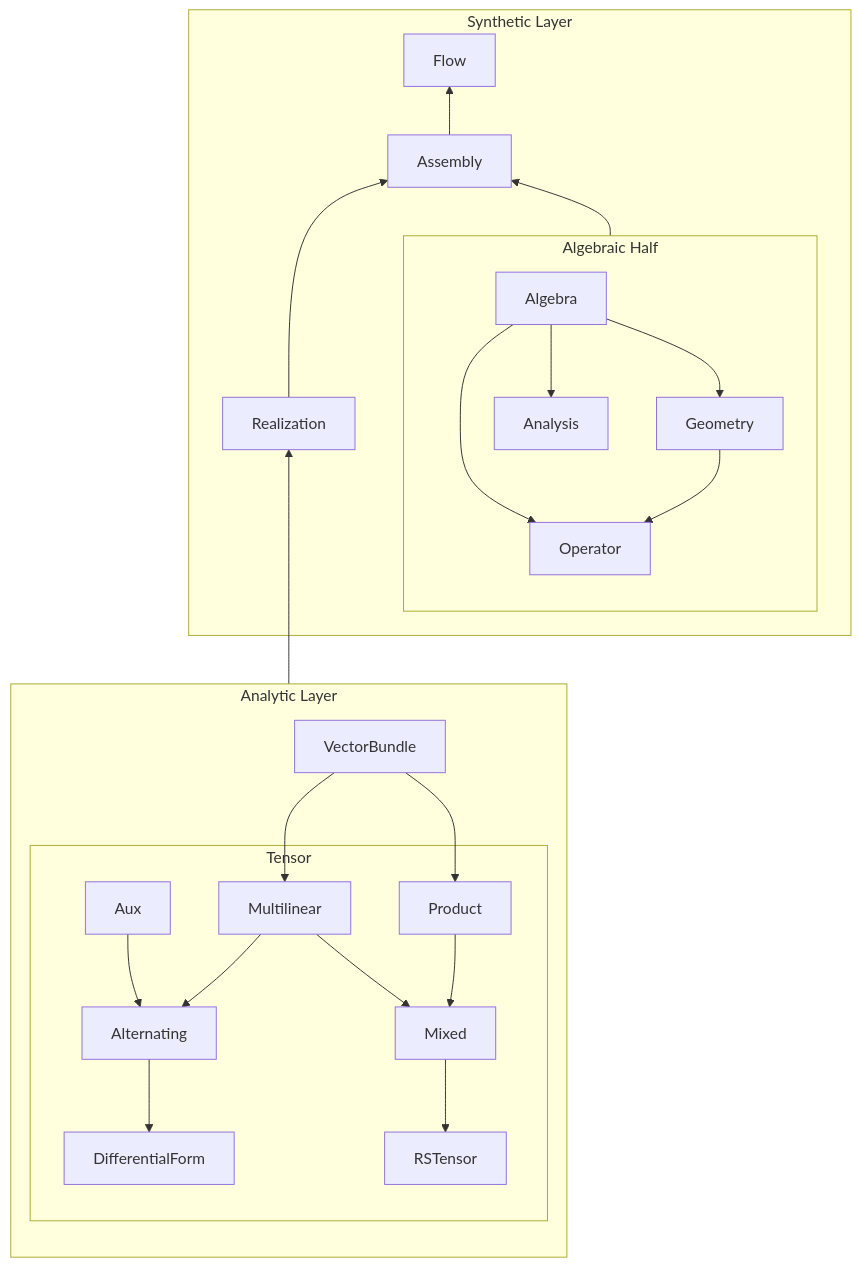
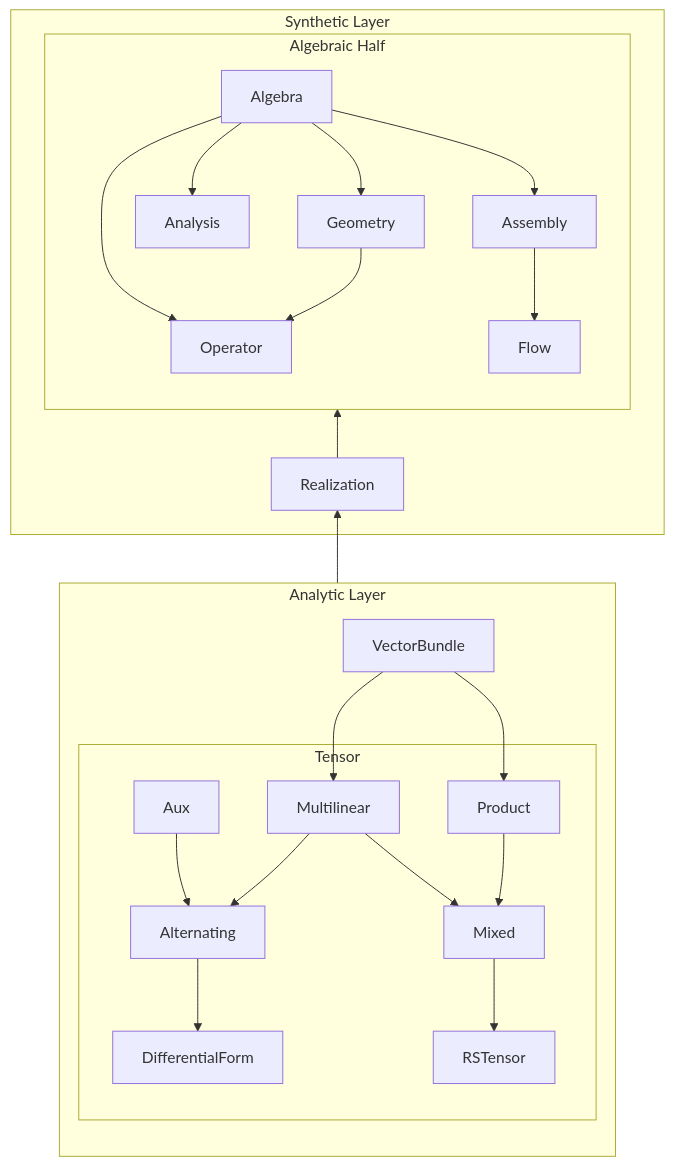
One commit to liao9yuan/differential-geometry changed the diagram in README.md. Above: the diagram before and after it, drawn with Mermaid.

Commit message:
update mermaid graph

````diff
--- a/README.md
+++ b/README.md
@@ -7,51 +7,49 @@
 ```mermaid
 flowchart BT
     subgraph AnalyticLayer [Analytic Layer]
         DirVB[VectorBundle]
 
         subgraph Tensor [Tensor]
             DirAux[Aux]
             DirMultilinear[Multilinear]
             DirProduct[Product]
             DirMixed[Mixed]
             DirAlt[Alternating]
             DirDiffForm[DifferentialForm]
             DirRSB[RSTensor]
 
             DirAux --> DirAlt
             DirMultilinear --> DirAlt
             DirMultilinear --> DirMixed
             DirProduct --> DirMixed
             DirAlt --> DirDiffForm
             DirMixed --> DirRSB
         end
 
         DirVB --> DirMultilinear
         DirVB --> DirProduct
     end
 
     subgraph SyntheticLayer [Synthetic Layer]
         subgraph AlgHalf ["Algebraic Half"]
             DirAlg[Algebra]
             DirGeom[Geometry]
             DirOp[Operator]
             DirAna[Analysis]
+            DirAsm[Assembly]
+            DirFlow[Flow]
 
             DirAlg --> DirGeom
             DirAlg --> DirOp
             DirGeom --> DirOp
             DirAlg --> DirAna
+            DirAlg --> DirAsm
+            DirAsm --> DirFlow
         end
 
-        DirAsm[Assembly]
-        AlgHalf --> DirAsm
-
-        DirFlow[Flow]
-        DirAsm --> DirFlow
-
         DirReal[Realization]
-        DirReal --> DirAsm
+        DirReal --> AlgHalf
     end
 
     AnalyticLayer --> DirReal
 ```
````
